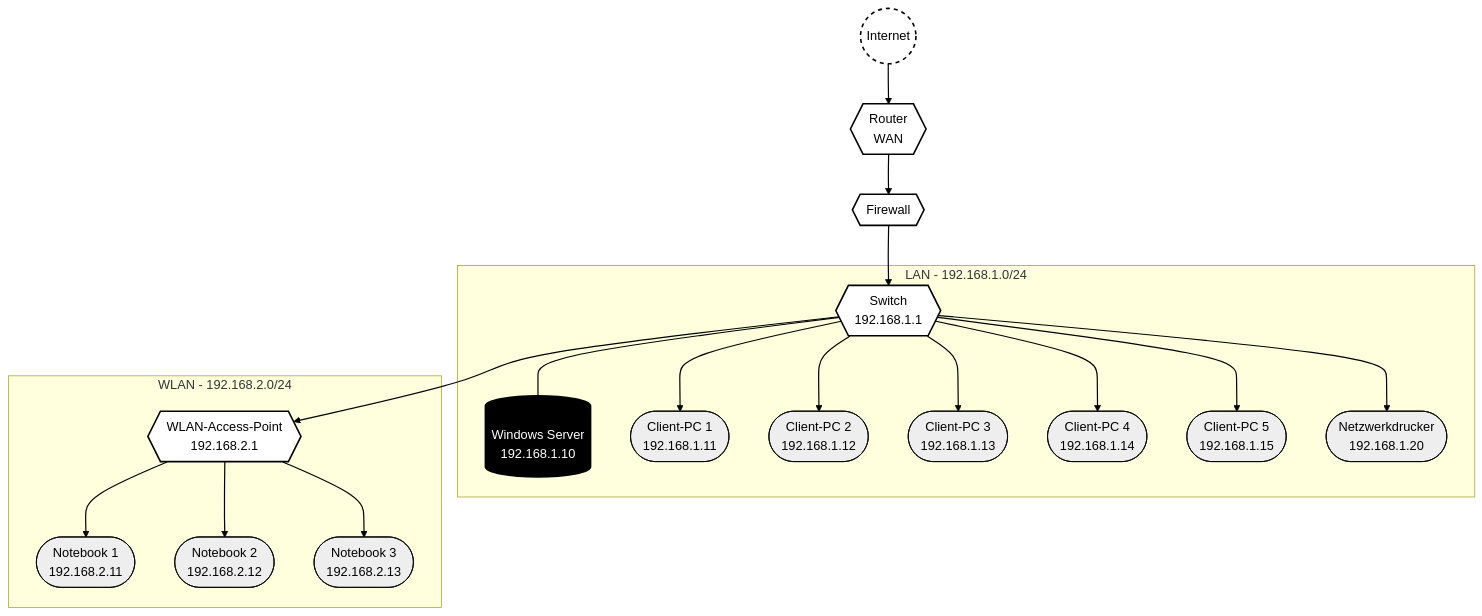
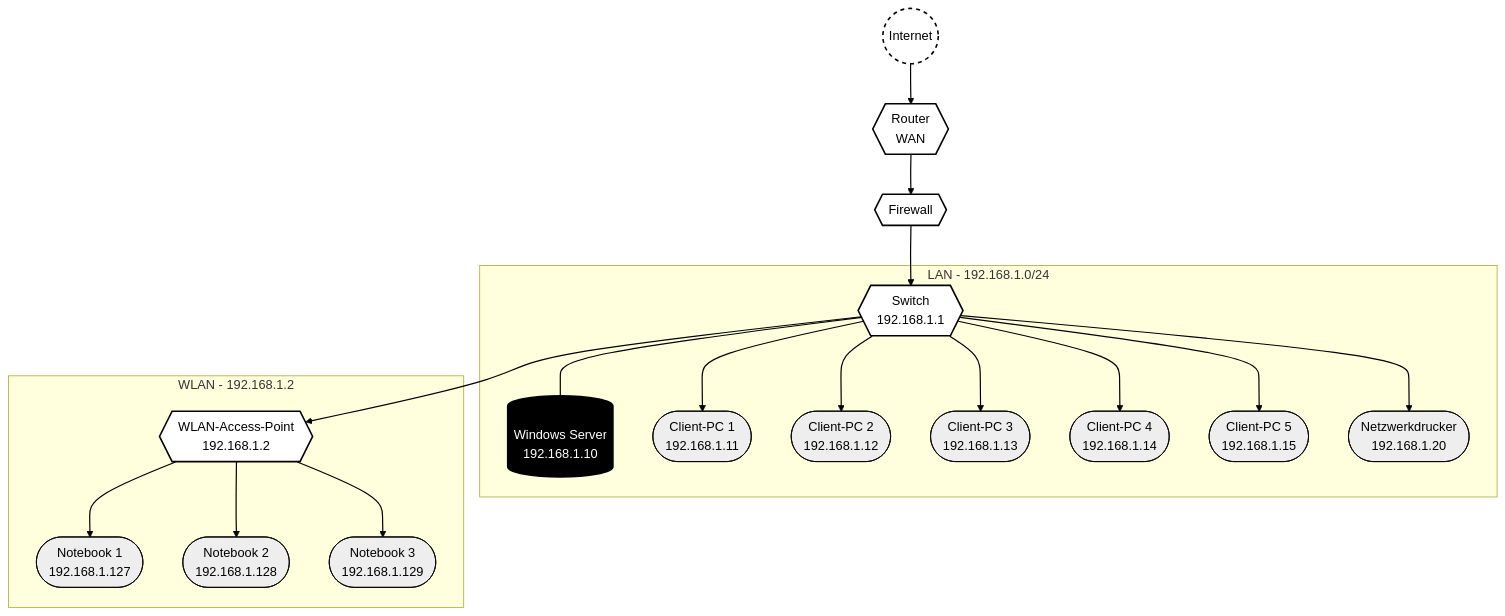
Before and after one commit to derrekmason/netzwerkdokumentation-mermaid: the diagram in Netzwerkdokumentation.md, drawn with Mermaid.

Commit message:
md aktualisiert

````diff
--- a/Netzwerkdokumentation.md
+++ b/Netzwerkdokumentation.md
@@ -4,50 +4,50 @@
 ```mermaid
 graph TD
     Internet((Internet))
     Router{{Router<br/>WAN}}
     Firewall{{Firewall}}
 
     subgraph LAN ["LAN - 192.168.1.0/24"]
         Switch{{Switch<br/>192.168.1.1}}
         Server[(Windows Server<br/>192.168.1.10)]
         Client1([Client-PC 1<br/>192.168.1.11])
         Client2([Client-PC 2<br/>192.168.1.12])
         Client3([Client-PC 3<br/>192.168.1.13])
         Client4([Client-PC 4<br/>192.168.1.14])
         Client5([Client-PC 5<br/>192.168.1.15])
         Drucker([Netzwerkdrucker<br/>192.168.1.20])
     end
 
-    subgraph WLAN ["WLAN - 192.168.2.0/24"]
-        AccessPoint{{WLAN-Access-Point<br/>192.168.2.1}}
-        Notebook1([Notebook 1<br/>192.168.2.11])
-        Notebook2([Notebook 2<br/>192.168.2.12])
-        Notebook3([Notebook 3<br/>192.168.2.13])
+    subgraph WLAN ["WLAN - 192.168.1.2"]
+        AccessPoint{{WLAN-Access-Point<br/>192.168.1.2}}
+        Notebook1([Notebook 1<br/>192.168.1.127])
+        Notebook2([Notebook 2<br/>192.168.1.128])
+        Notebook3([Notebook 3<br/>192.168.1.129])
     end
 
     Internet --> Router
     Router --> Firewall
     Firewall --> Switch
     Switch --- Server
     Switch --> Client1
     Switch --> Client2
     Switch --> Client3
     Switch --> Client4
     Switch --> Client5
     Switch --> Drucker
     Switch --> AccessPoint
     AccessPoint --> Notebook1
     AccessPoint --> Notebook2
     AccessPoint --> Notebook3
 
     classDef netzwerk fill:#fff,stroke:#000,stroke-width:2px,color:#000;
     classDef server fill:#000,stroke:#000,stroke-width:2px,color:#fff;
     classDef client fill:#eee,stroke:#000,stroke-width:1px,color:#000;
     classDef internet fill:#fff,stroke:#000,stroke-width:2px,stroke-dasharray:5 5,color:#000;
     linkStyle default stroke:#000,stroke-width:1.5px;
 
     class Router,Firewall,Switch,AccessPoint netzwerk;
     class Server server;
     class Client1,Client2,Client3,Client4,Client5,Drucker,Notebook1,Notebook2,Notebook3 client;
     class Internet internet;
 ```
````
